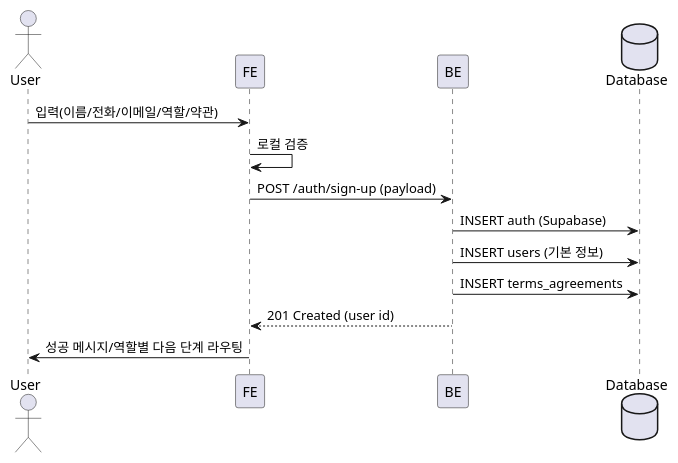
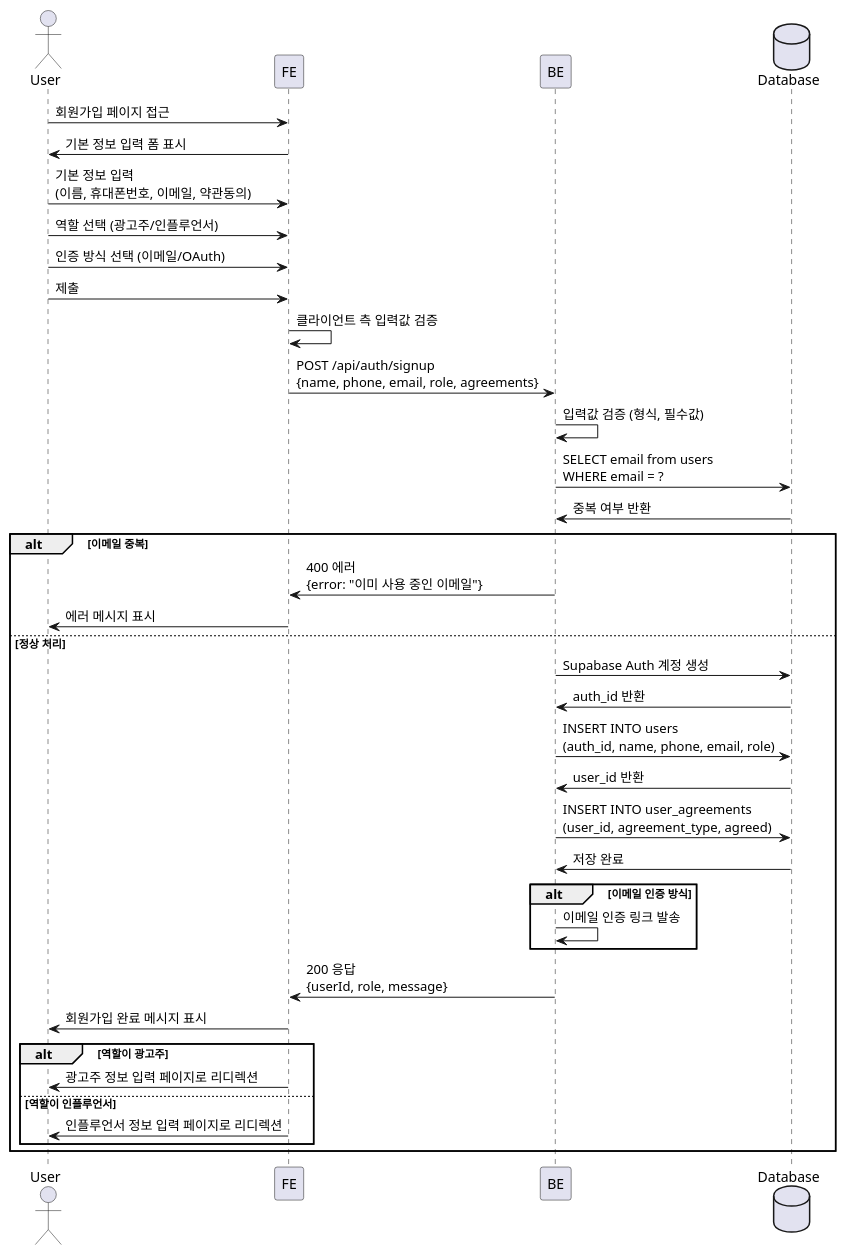
Before and after one commit to kooyongpak/Mafia_1w_1: the diagram in docs/001/spec.md, drawn with PlantUML. The commit also changed other lines of this file and 78 other files, not shown here.

First line of the commit message:
Feat: 광고주 및 인플루언서 정보 등록 페이지 추가 및 관련 기능 구현

````diff
--- a/docs/001/spec.md
+++ b/docs/001/spec.md
@@ -25,15 +86,51 @@
+```plantuml
 @startuml
 actor User
 participant FE
 participant BE
 database Database
 
-User -> FE: 입력(이름/전화/이메일/역할/약관)
-FE -> FE: 로컬 검증
-FE -> BE: POST /auth/sign-up (payload)
-BE -> Database: INSERT auth (Supabase)
-BE -> Database: INSERT users (기본 정보)
-BE -> Database: INSERT terms_agreements
-BE --> FE: 201 Created (user id)
-FE -> User: 성공 메시지/역할별 다음 단계 라우팅
+User -> FE: 회원가입 페이지 접근
+FE -> User: 기본 정보 입력 폼 표시
+
+User -> FE: 기본 정보 입력\n(이름, 휴대폰번호, 이메일, 약관동의)
+User -> FE: 역할 선택 (광고주/인플루언서)
+User -> FE: 인증 방식 선택 (이메일/OAuth)
+User -> FE: 제출
+
+FE -> FE: 클라이언트 측 입력값 검증
+FE -> BE: POST /api/auth/signup\n{name, phone, email, role, agreements}
+
+BE -> BE: 입력값 검증 (형식, 필수값)
+BE -> Database: SELECT email from users\nWHERE email = ?
+Database -> BE: 중복 여부 반환
+
+alt 이메일 중복
+    BE -> FE: 400 에러\n{error: "이미 사용 중인 이메일"}
+    FE -> User: 에러 메시지 표시
+else 정상 처리
+    BE -> Database: Supabase Auth 계정 생성
+    Database -> BE: auth_id 반환
+
+    BE -> Database: INSERT INTO users\n(auth_id, name, phone, email, role)
+    Database -> BE: user_id 반환
+
+    BE -> Database: INSERT INTO user_agreements\n(user_id, agreement_type, agreed)
+    Database -> BE: 저장 완료
+
+    alt 이메일 인증 방식
+        BE -> BE: 이메일 인증 링크 발송
+    end
+
+    BE -> FE: 200 응답\n{userId, role, message}
+    FE -> User: 회원가입 완료 메시지 표시
+
+    alt 역할이 광고주
+        FE -> User: 광고주 정보 입력 페이지로 리디렉션
+    else 역할이 인플루언서
+        FE -> User: 인플루언서 정보 입력 페이지로 리디렉션
+    end
+end
+
 @enduml
+```
````
